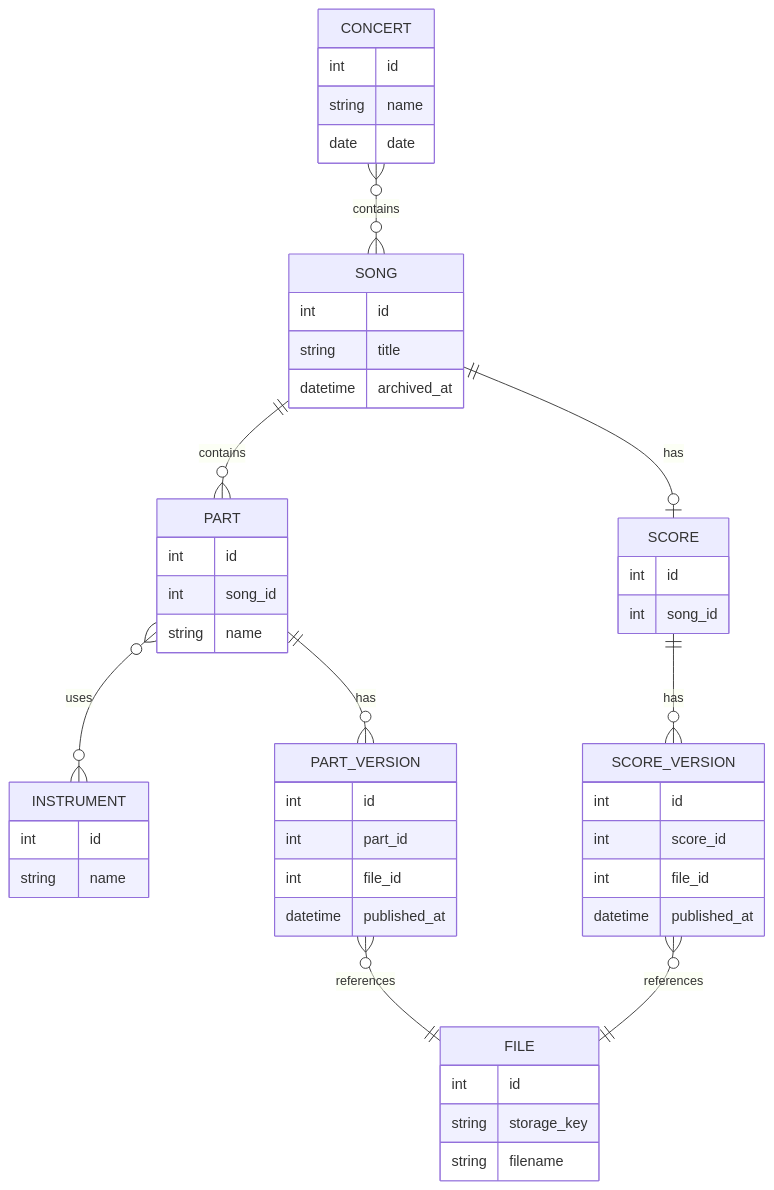
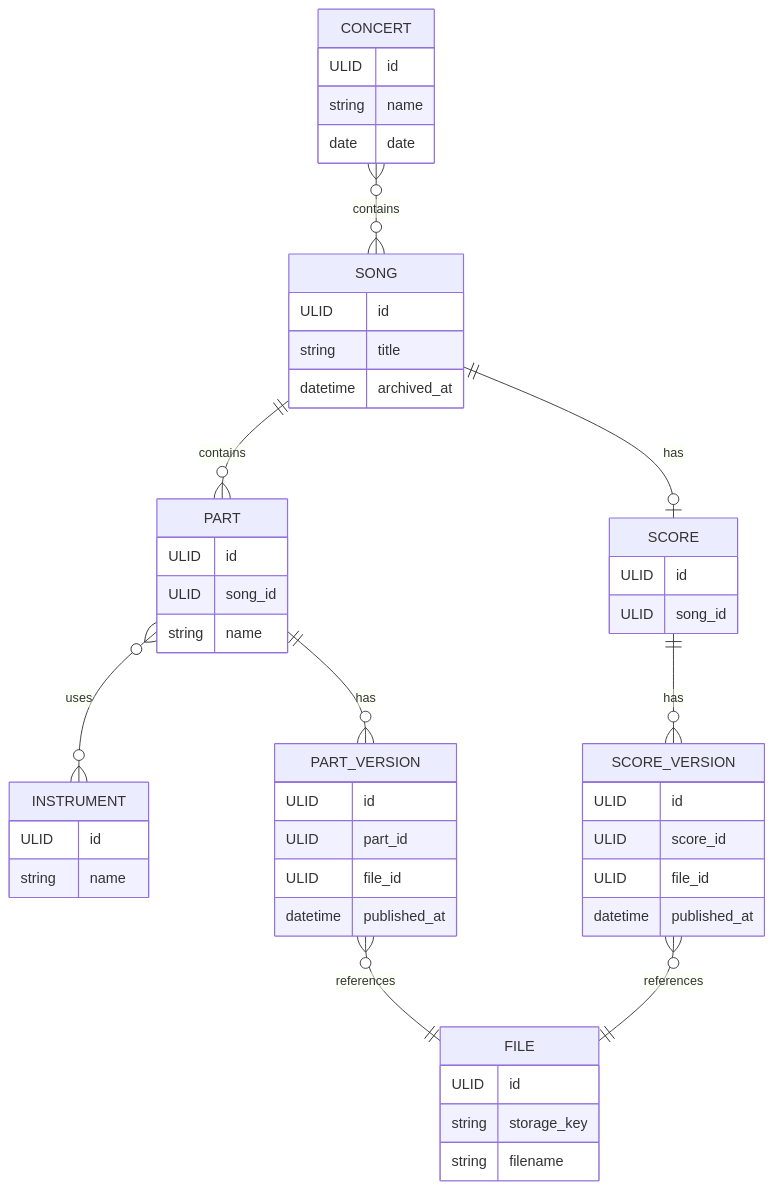
The diagram in docs/domain-model.md (erikdsp/notbibliotek), drawn with Mermaid before and after one commit. The commit also changed 1 other file, not shown here.

Commit message:
feat: use ULID for ids and specify in openapi and domain model

````diff
--- a/docs/domain-model.md
+++ b/docs/domain-model.md
@@ -3,59 +3,59 @@
 ```mermaid
 erDiagram
     SONG ||--o| SCORE : has
     SONG ||--o{ PART : contains
     PART }o--o{ INSTRUMENT : uses
     PART ||--o{ PART_VERSION : has
     SCORE ||--o{ SCORE_VERSION : has
     PART_VERSION }o--|| FILE : references
     SCORE_VERSION }o--|| FILE : references
     CONCERT }o--o{ SONG : contains
 
     SONG {
-        int id
+        ULID id
         string title
         datetime archived_at
     }
 
     SCORE {
-        int id
-        int song_id
+        ULID id
+        ULID song_id
     }
 
     PART {
-        int id
-        int song_id
+        ULID id
+        ULID song_id
         string name
     }
 
     INSTRUMENT {
-        int id
+        ULID id
         string name
     }
 
     PART_VERSION {
-        int id
-        int part_id
-        int file_id
+        ULID id
+        ULID part_id
+        ULID file_id
         datetime published_at
     }
 
     SCORE_VERSION {
-        int id
-        int score_id
-        int file_id
+        ULID id
+        ULID score_id
+        ULID file_id
         datetime published_at
     }
 
     FILE {
-        int id
+        ULID id
         string storage_key
         string filename
     }
 
     CONCERT {
-        int id
+        ULID id
         string name
         date date
     }
 ```
````
